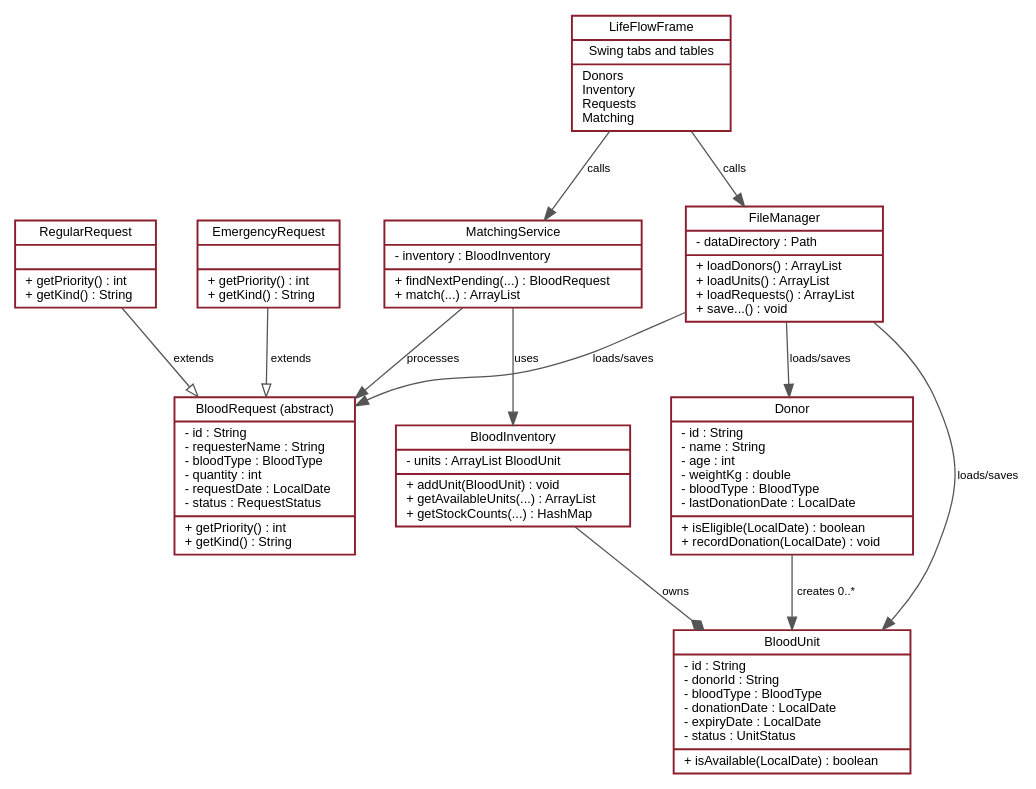
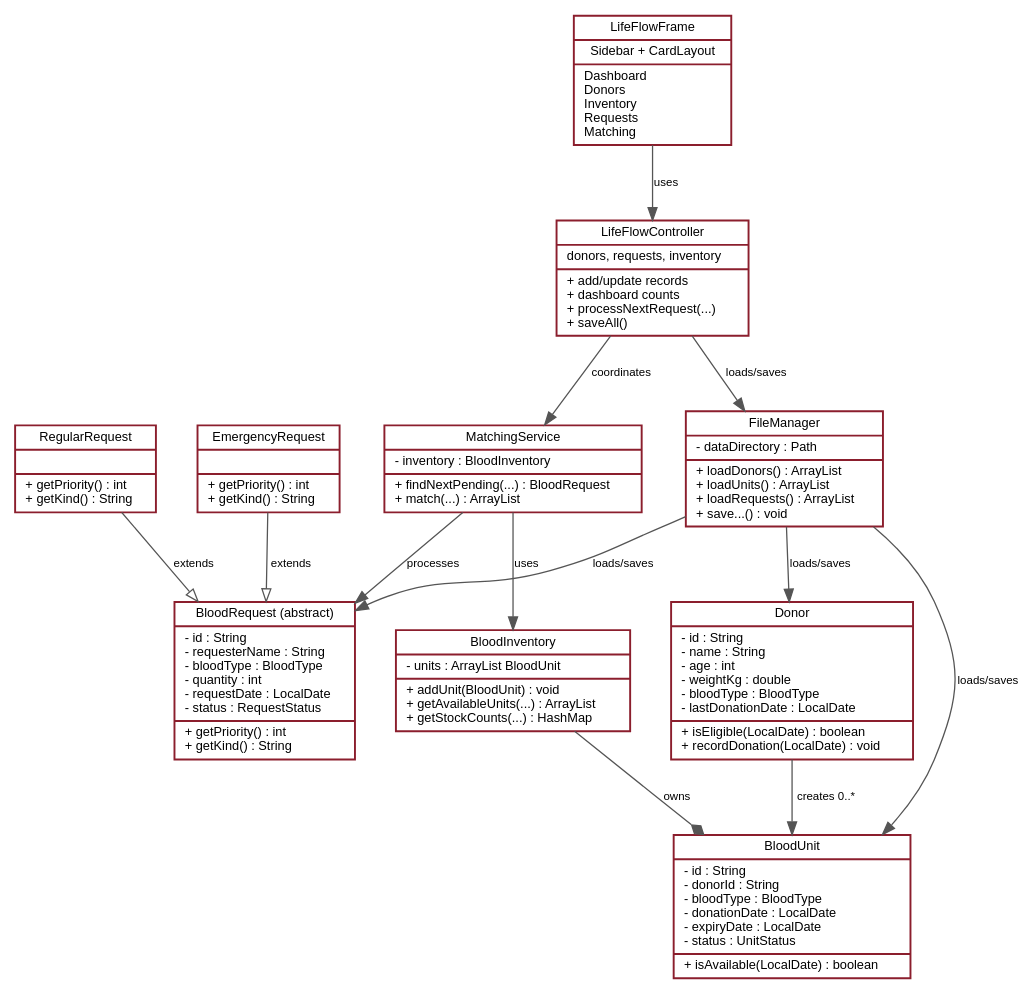
The diagram in docs/lifeflow-uml.dot (moha-r/LifeFlow), drawn with Graphviz before and after one commit. The commit also changed 23 other files, not shown here.

Commit message:
feat: modernize LifeFlow desktop experience

```diff
--- a/docs/lifeflow-uml.dot
+++ b/docs/lifeflow-uml.dot
@@ -1,27 +1,29 @@
 digraph LifeFlow {
   graph [rankdir=TB, bgcolor="white", nodesep=0.45, ranksep=0.65];
   node [shape=record, fontname="Helvetica", fontsize=10, color="#8b1e2d", penwidth=1.5];
   edge [fontname="Helvetica", fontsize=9, color="#555555"];
 
   BloodRequest [label="{BloodRequest (abstract)|- id : String\l- requesterName : String\l- bloodType : BloodType\l- quantity : int\l- requestDate : LocalDate\l- status : RequestStatus\l|+ getPriority() : int\l+ getKind() : String\l}"];
   RegularRequest [label="{RegularRequest||+ getPriority() : int\l+ getKind() : String\l}"];
   EmergencyRequest [label="{EmergencyRequest||+ getPriority() : int\l+ getKind() : String\l}"];
   Donor [label="{Donor|- id : String\l- name : String\l- age : int\l- weightKg : double\l- bloodType : BloodType\l- lastDonationDate : LocalDate\l|+ isEligible(LocalDate) : boolean\l+ recordDonation(LocalDate) : void\l}"];
   BloodUnit [label="{BloodUnit|- id : String\l- donorId : String\l- bloodType : BloodType\l- donationDate : LocalDate\l- expiryDate : LocalDate\l- status : UnitStatus\l|+ isAvailable(LocalDate) : boolean\l}"];
   BloodInventory [label="{BloodInventory|- units : ArrayList BloodUnit\l|+ addUnit(BloodUnit) : void\l+ getAvailableUnits(...) : ArrayList\l+ getStockCounts(...) : HashMap\l}"];
   MatchingService [label="{MatchingService|- inventory : BloodInventory\l|+ findNextPending(...) : BloodRequest\l+ match(...) : ArrayList\l}"];
   FileManager [label="{FileManager|- dataDirectory : Path\l|+ loadDonors() : ArrayList\l+ loadUnits() : ArrayList\l+ loadRequests() : ArrayList\l+ save...() : void\l}"];
-  LifeFlowFrame [label="{LifeFlowFrame|Swing tabs and tables|Donors\lInventory\lRequests\lMatching\l}"];
+  LifeFlowController [label="{LifeFlowController|donors, requests, inventory\l|+ add/update records\l+ dashboard counts\l+ processNextRequest(...)\l+ saveAll()\l}"];
+  LifeFlowFrame [label="{LifeFlowFrame|Sidebar + CardLayout|Dashboard\lDonors\lInventory\lRequests\lMatching\l}"];
 
   RegularRequest -> BloodRequest [arrowhead=empty, label="extends"];
   EmergencyRequest -> BloodRequest [arrowhead=empty, label="extends"];
   Donor -> BloodUnit [label="creates 0..*"];
   BloodInventory -> BloodUnit [arrowhead=diamond, label="owns"];
   MatchingService -> BloodInventory [label="uses"];
   MatchingService -> BloodRequest [label="processes"];
   FileManager -> Donor [label="loads/saves"];
   FileManager -> BloodUnit [label="loads/saves"];
   FileManager -> BloodRequest [label="loads/saves"];
-  LifeFlowFrame -> MatchingService [label="calls"];
-  LifeFlowFrame -> FileManager [label="calls"];
+  LifeFlowController -> MatchingService [label="coordinates"];
+  LifeFlowController -> FileManager [label="loads/saves"];
+  LifeFlowFrame -> LifeFlowController [label="uses"];
 }
```
